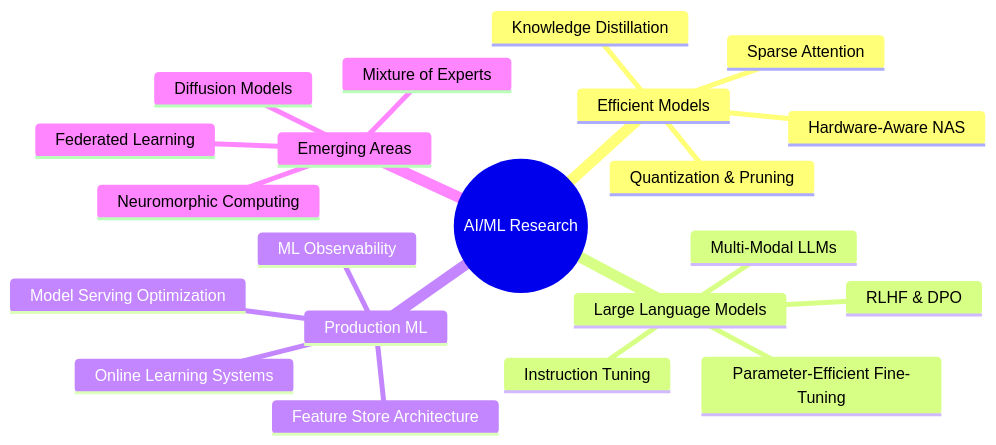
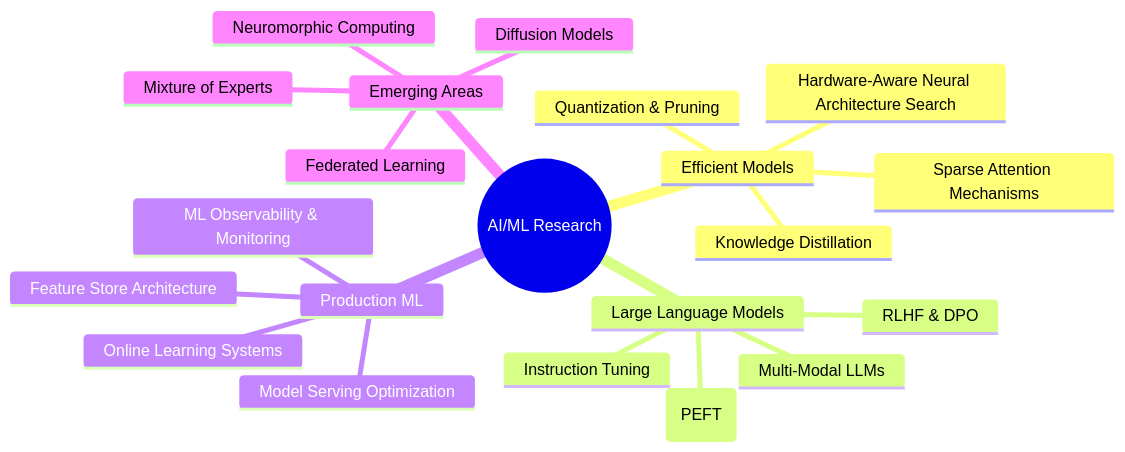
One commit to shivamprasad1001/shivamprasad1001 changed the first of 2 diagrams in README.md. Above: the diagram before and after it, drawn with Mermaid. The commit also changed other lines of this file, not shown here.

````diff
--- a/README.md
+++ b/README.md
@@ -227,24 +227,24 @@
 ```mermaid
 mindmap
   root((AI/ML Research))
     Efficient Models
-      Sparse Attention
+      Sparse Attention Mechanisms
       Knowledge Distillation
       Quantization & Pruning
-      Hardware-Aware NAS
+      Hardware-Aware Neural Architecture Search
     Large Language Models
-      Parameter-Efficient Fine-Tuning
+      Parameter-Efficient Fine-Tuning (PEFT)
       Instruction Tuning
       RLHF & DPO
       Multi-Modal LLMs
     Production ML
       Model Serving Optimization
       Online Learning Systems
       Feature Store Architecture
-      ML Observability
+      ML Observability & Monitoring
     Emerging Areas
       Diffusion Models
       Mixture of Experts
       Neuromorphic Computing
       Federated Learning
 ```
````
